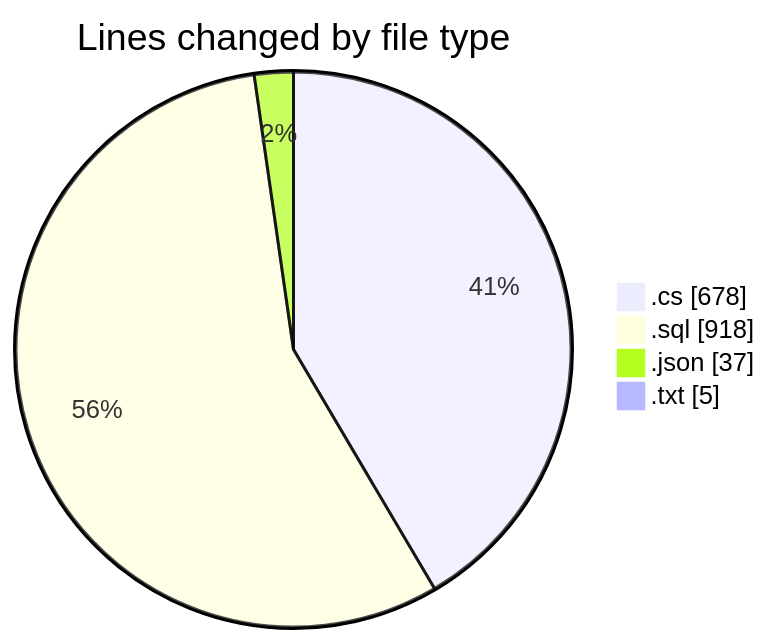
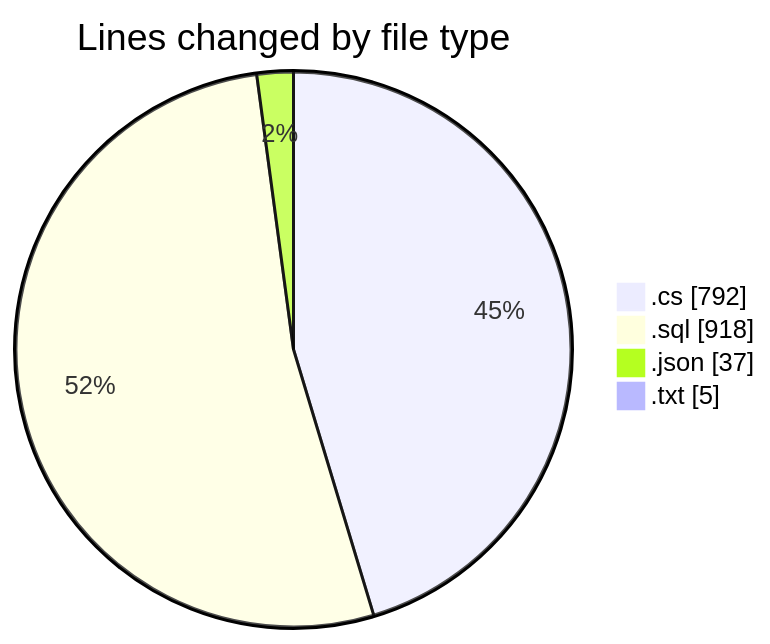
Before and after one commit to Netris89/code-tracking: the first of 2 diagrams in 2025-04-04/back-end/README.md, drawn with Mermaid. The commit also changed other lines of this file and 1 other file, not shown here.

````diff
--- a/2025-04-04/back-end/README.md
+++ b/2025-04-04/back-end/README.md
@@ -26,8 +27,8 @@
 ```mermaid
 pie showData
 title Lines changed by file type
-".cs" : 678
+".cs" : 792
 ".sql" : 918
 ".json" : 37
 ".txt" : 5
 ```
````
